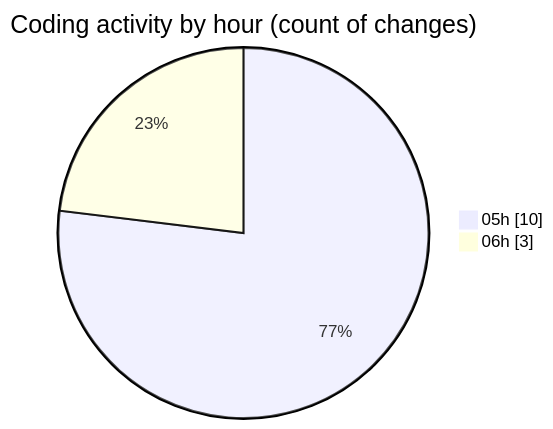
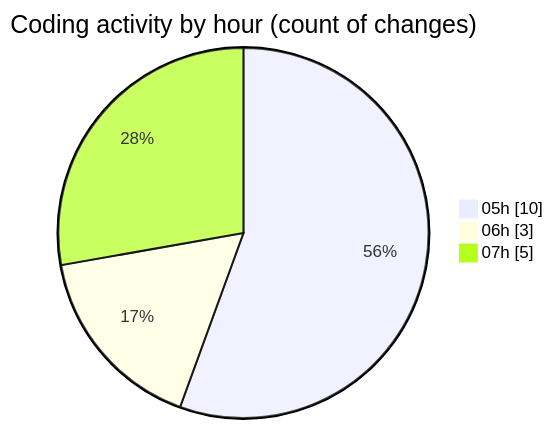
One commit to vahidmafi/code-tracking changed the second of 2 diagrams in 2025-09-06/shop/README.md. Above: the diagram before and after it, drawn with Mermaid. The commit also changed other lines of this file and 1 other file, not shown here.

````diff
--- a/2025-09-06/shop/README.md
+++ b/2025-09-06/shop/README.md
@@ -34,6 +35,7 @@
 ```mermaid
 pie showData
 title Coding activity by hour (count of changes)
 "05h" : 10
 "06h" : 3
+"07h" : 5
 ```
````
